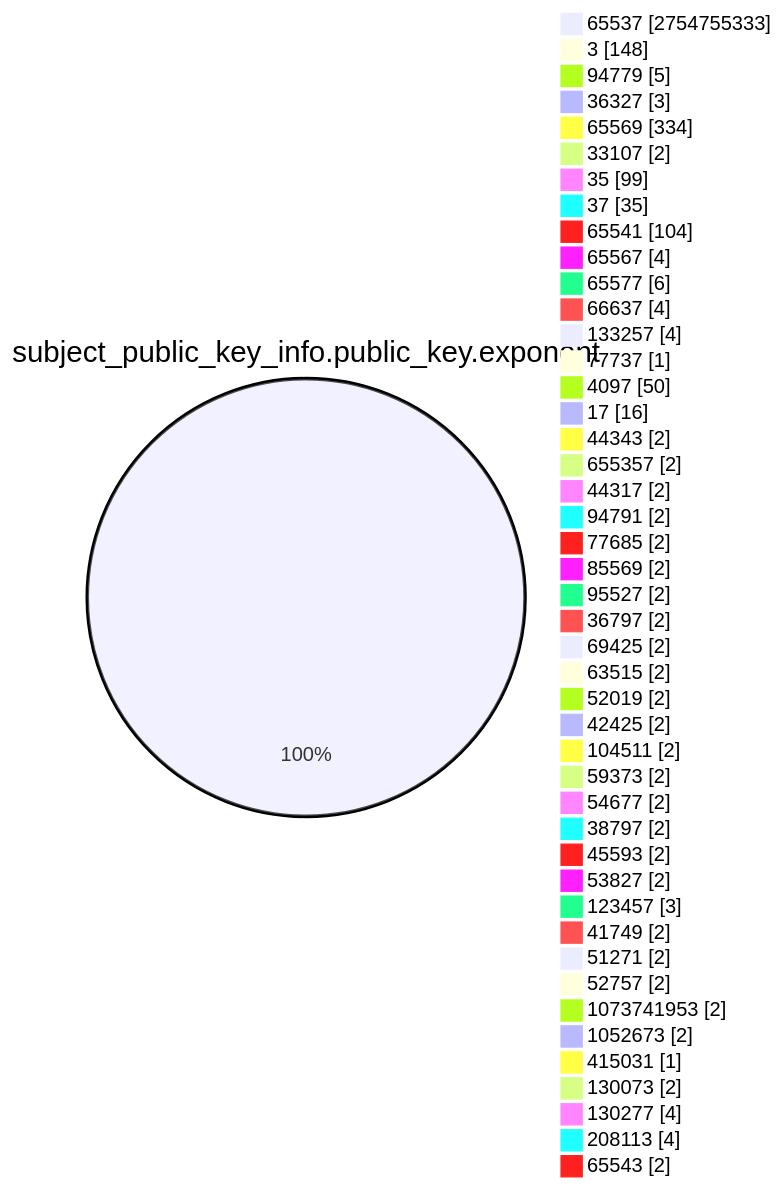
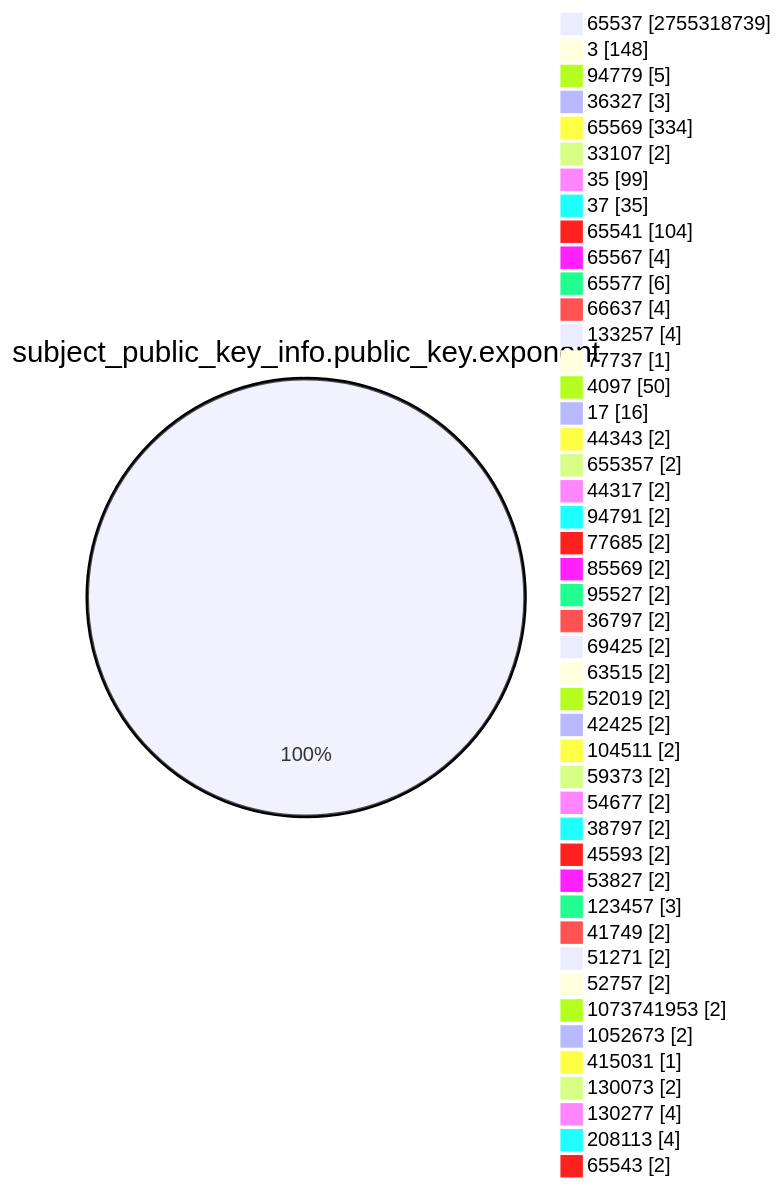
The fourth of 15 diagrams in TOTAL/README.md (christiankrug/ctmonitor_visualization), drawn with Mermaid before and after one commit. The commit also changed other lines of this file, not shown here.

````diff
--- a/TOTAL/README.md
+++ b/TOTAL/README.md
@@ -1467,49 +1467,49 @@
 ```mermaid
 pie showData
 title subject_public_key_info.public_key.exponent
-"65537" :2754755333
+"65537" :2755318739
 "3" :148
 "94779" :5
 "36327" :3
 "65569" :334
 "33107" :2
 "35" :99
 "37" :35
 "65541" :104
 "65567" :4
 "65577" :6
 "66637" :4
 "133257" :4
 "77737" :1
 "4097" :50
 "17" :16
 "44343" :2
 "655357" :2
 "44317" :2
 "94791" :2
 "77685" :2
 "85569" :2
 "95527" :2
 "36797" :2
 "69425" :2
 "63515" :2
 "52019" :2
 "42425" :2
 "104511" :2
 "59373" :2
 "54677" :2
 "38797" :2
 "45593" :2
 "53827" :2
 "123457" :3
 "41749" :2
 "51271" :2
 "52757" :2
 "1073741953" :2
 "1052673" :2
 "415031" :1
 "130073" :2
 "130277" :4
 "208113" :4
 "65543" :2
 ```
````
